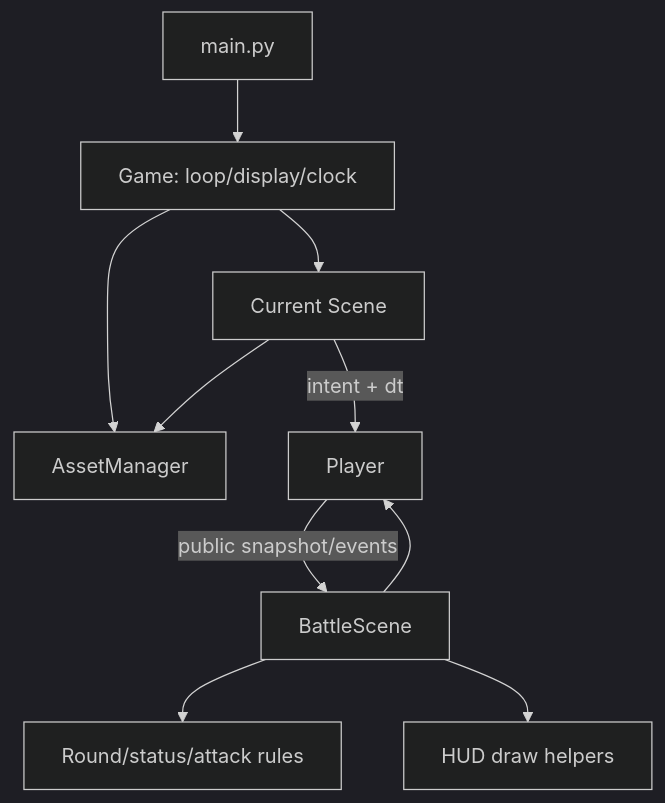
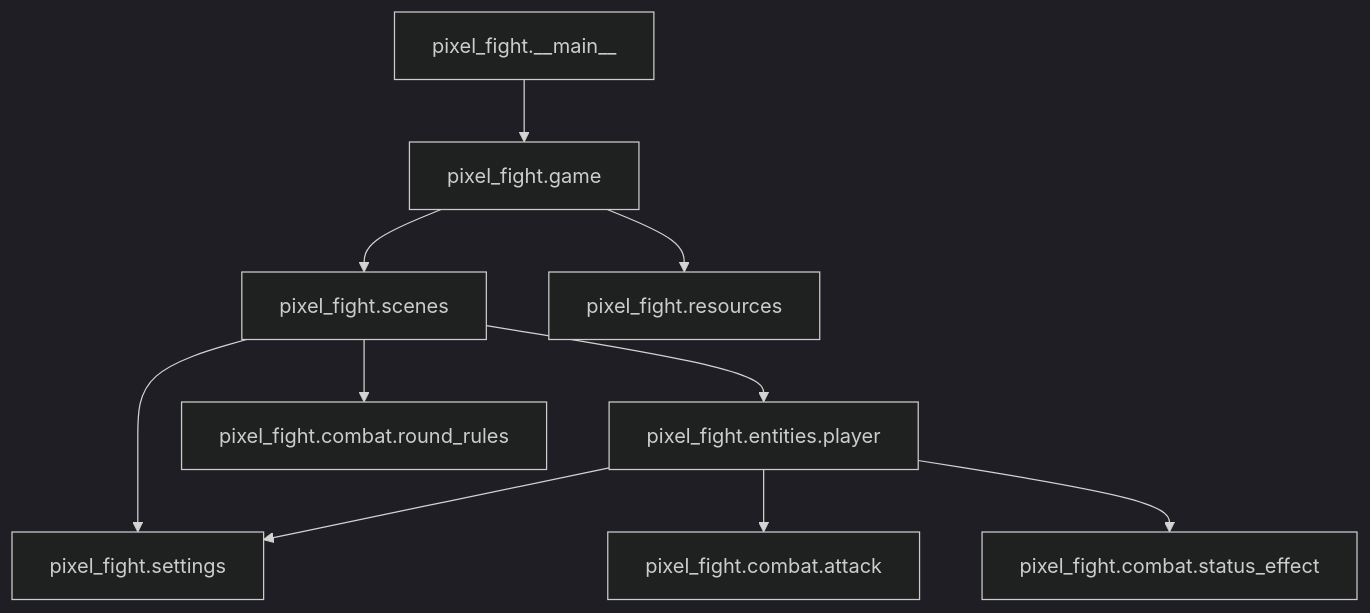
One commit to HiramSanchez/pab-pixelFight changed the diagram in docs/ARCHITECTURE_PROPOSAL.md. Above: the diagram before and after it, drawn with Mermaid (dark theme). The commit also changed other lines of this file and 76 other files, not shown here.

````diff
--- a/docs/ARCHITECTURE_PROPOSAL.md
+++ b/docs/ARCHITECTURE_PROPOSAL.md
@@ -187,12 +83,12 @@
 ```mermaid
 flowchart TD
-    MAIN[main.py] --> GAME[Game: loop/display/clock]
-    GAME --> SCENE[Current Scene]
-    GAME --> ASSETS[AssetManager]
-    SCENE --> ASSETS
-    SCENE -->|intent + dt| PLAYER[Player]
-    BATTLE[BattleScene] --> PLAYER
-    BATTLE --> RULES[Round/status/attack rules]
-    PLAYER -->|public snapshot/events| BATTLE
-    BATTLE --> HUD[HUD draw helpers]
+    ENTRY[pixel_fight.__main__] --> GAME[pixel_fight.game]
+    GAME --> SCENES[pixel_fight.scenes]
+    GAME --> RES[pixel_fight.resources]
+    SCENES --> SETTINGS[pixel_fight.settings]
+    SCENES --> PLAYER[pixel_fight.entities.player]
+    SCENES --> RULES[pixel_fight.combat.round_rules]
+    PLAYER --> ATTACK[pixel_fight.combat.attack]
+    PLAYER --> EFFECTS[pixel_fight.combat.status_effect]
+    PLAYER --> SETTINGS
 ```
````
